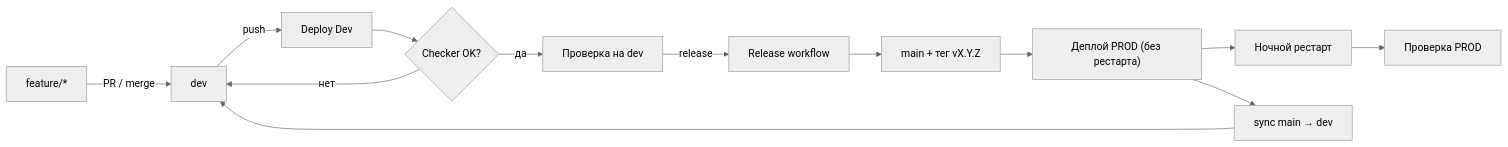
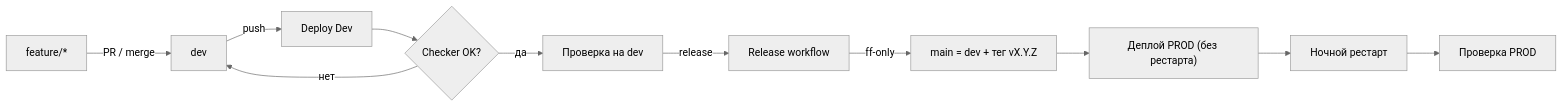
Before and after one commit to sednith/MinequestServerSource: the first of 2 diagrams in README.md, drawn with Mermaid (neutral theme). The commit also changed other lines of this file and 1 other file, not shown here.

````diff
--- a/README.md
+++ b/README.md
@@ -594,15 +615,13 @@
 ```mermaid
 flowchart LR
     A["feature/*"] -->|"PR / merge"| B["dev"]
     B -->|"push"| C["Deploy Dev"]
     C --> D{"Checker OK?"}
     D -->|"нет"| B
     D -->|"да"| E["Проверка на dev"]
     E -->|"release"| F["Release workflow"]
-    F --> G["main + тег vX.Y.Z"]
+    F -->|"ff-only"| G["main = dev + тег vX.Y.Z"]
     G --> H["Деплой PROD (без рестарта)"]
     H --> I["Ночной рестарт"]
     I --> J["Проверка PROD"]
-    H --> K["sync main → dev"]
-    K --> B
 ```
````
